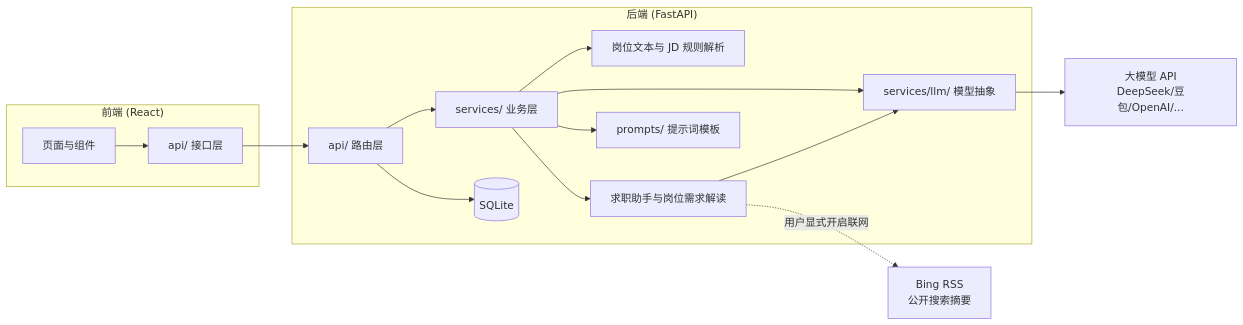
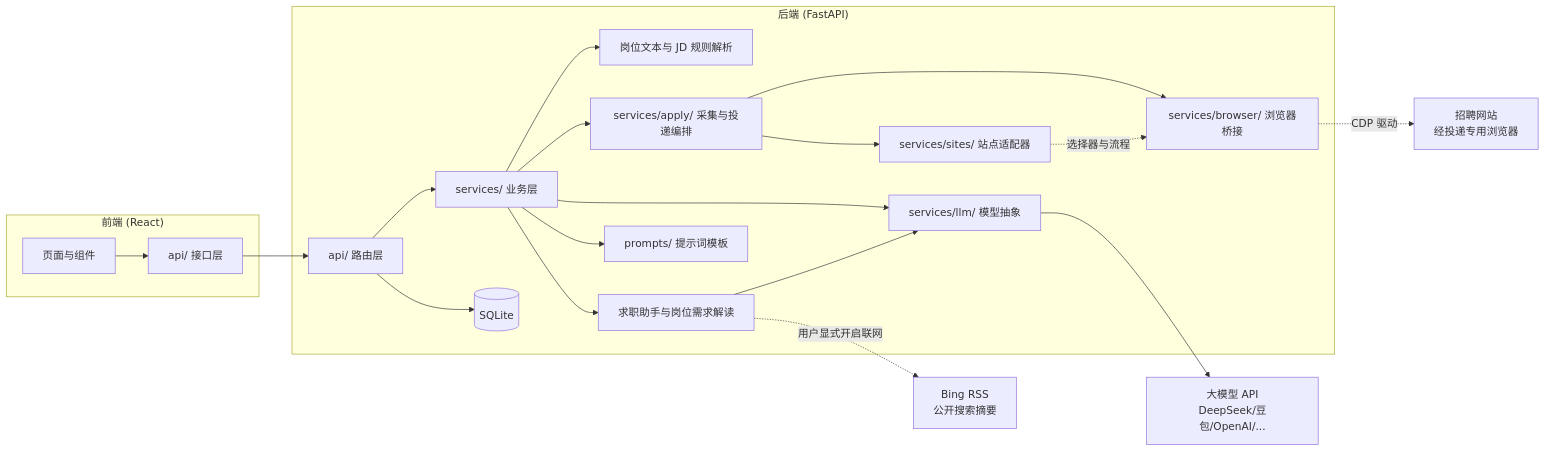
One commit to Magicapple-Coder/ResumeForge changed the first of 5 diagrams in docs/architecture.md. Above: the diagram before and after it, drawn with Mermaid. The commit also changed other lines of this file and 173 other files, not shown here.

````diff
--- a/docs/architecture.md
+++ b/docs/architecture.md
@@ -7,27 +7,36 @@
 ```mermaid
 flowchart LR
     subgraph Frontend["前端 (React)"]
         UI[页面与组件]
         API[api/ 接口层]
     end
     subgraph Backend["后端 (FastAPI)"]
         ROUTES[api/ 路由层]
         SVC[services/ 业务层]
         LLM[services/llm/ 模型抽象]
         PARSER[岗位文本与 JD 规则解析]
         ASSISTANT[求职助手与岗位需求解读]
+        APPLY[services/apply/ 采集与投递编排]
+        BROWSER[services/browser/ 浏览器桥接]
+        SITES[services/sites/ 站点适配器]
         PROMPTS[prompts/ 提示词模板]
         DB[(SQLite)]
     end
     LLMAPI[大模型 API<br/>DeepSeek/豆包/OpenAI/...]
     BING[Bing RSS<br/>公开搜索摘要]
+    JOBSITE[招聘网站<br/>经投递专用浏览器]
 
     UI --> API --> ROUTES --> SVC
     SVC --> LLM --> LLMAPI
     SVC --> PARSER
     SVC --> ASSISTANT
     ASSISTANT --> LLM
     ASSISTANT -. 用户显式开启联网 .-> BING
+    SVC --> APPLY
+    APPLY --> SITES
+    APPLY --> BROWSER
+    BROWSER -. CDP 驱动 .-> JOBSITE
+    SITES -. 选择器与流程 .-> BROWSER
     SVC --> PROMPTS
     ROUTES --> DB
 ```
````
